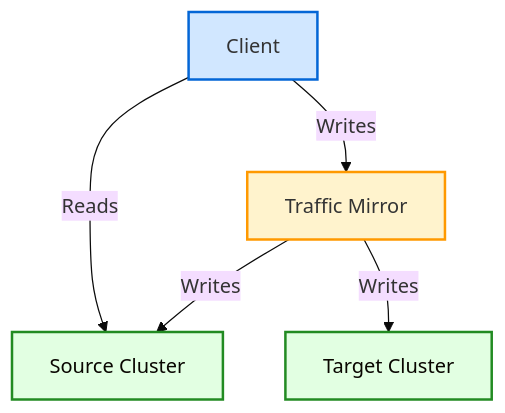
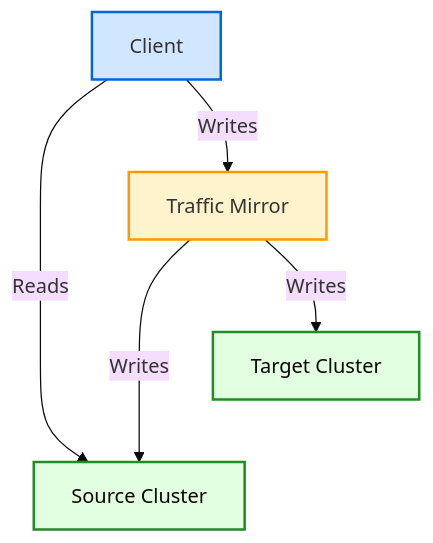
One commit to peternied/opensearch-migrations changed the second of 5 diagrams in docs/OpenSearchConNA2025.md. Above: the diagram before and after it, drawn with Mermaid (base theme). The commit also changed other lines of this file, not shown here.

````diff
--- a/docs/OpenSearchConNA2025.md
+++ b/docs/OpenSearchConNA2025.md
@@ -23,11 +23,14 @@
 ```mermaid
 flowchart TD
     C[Client]:::client -->|Writes| M[Traffic Mirror]:::mirror
-    C[Client]:::client -->|Reads| SC[Source Cluster]:::cluster
+    C -->|Reads| SC[Source Cluster]:::cluster
     M -->|Writes| SC
     M -->|Writes| TC[Target Cluster]:::cluster
+
+    TC --- SC
+    linkStyle 4 stroke-width:0px,fill:none
 
     classDef client fill:#d1e7ff,stroke:#0366d6,stroke-width:2px;
     classDef mirror fill:#fff3cd,stroke:#ff9900,stroke-width:2px;
     classDef cluster fill:#e2ffe2,stroke:#228b22,stroke-width:2px;
 ```
````
